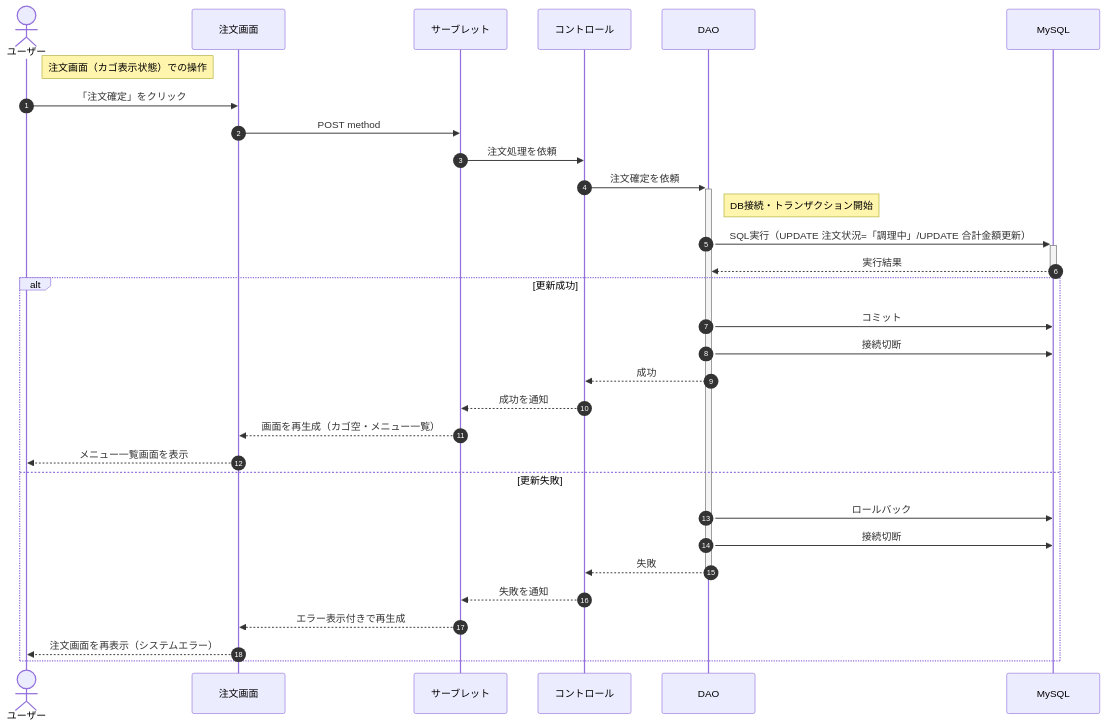
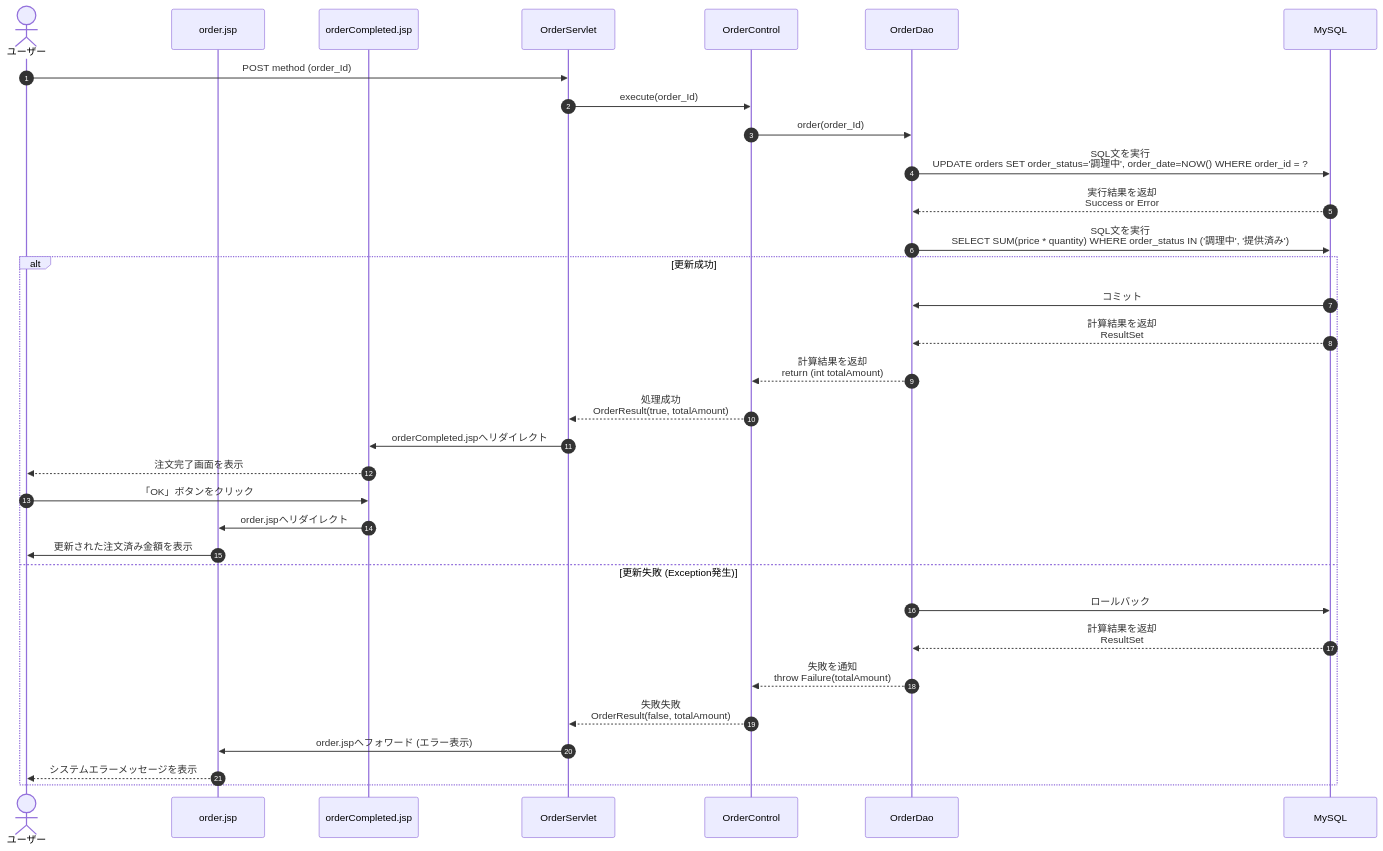
One commit to Medapizza1224/SE25G2-Test2 changed the first of 7 diagrams in docs/development/sequence-diagram/シーケンス図_version1.2.md. Above: the diagram before and after it, drawn with Mermaid. The commit also changed other lines of this file, not shown here.

Commit message:
シーケンス図インスペクション後修正1226

````diff
--- a/docs/development/sequence-diagram/シーケンス図_version1.2.md
+++ b/docs/development/sequence-diagram/シーケンス図_version1.2.md
@@ -11,38 +13,41 @@
 ```mermaid
 sequenceDiagram
-  actor ユーザー
-  autonumber
-    Note right of ユーザー: 注文画面（カゴ表示状態）での操作
-    ユーザー ->> 注文画面 : 「注文確定」をクリック
-     
-    注文画面 ->> サーブレット : POST method
+    autonumber
+    actor  User as ユーザー
+    participant OrderJSP as order.jsp
+    participant OrderCompJSP as orderCompleted.jsp
+    participant Servlet as OrderServlet
+    participant Control as OrderControl
+    participant DAO as OrderDao
+    participant DB as MySQL
+
+    User->>Servlet: POST method (order_Id)
     
-    サーブレット ->> コントロール : 注文処理を依頼
+    Servlet->>Control: execute(order_Id)
+    
+    Control->>DAO: order(order_Id)
+    DAO->>DB: SQL文を実行<br>UPDATE orders SET order_status='調理中', order_date=NOW() WHERE order_id = ?
+    
+    DB-->>DAO: 実行結果を返却<br>Success or Error
+    DAO->>DB: SQL文を実行<br>SELECT SUM(price * quantity) WHERE order_status IN ('調理中', '提供済み')
+    
+    alt 更新成功
+        DB->>DAO: コミット
+        DB-->>DAO: 計算結果を返却<br>ResultSet
+        DAO-->>Control: 計算結果を返却<br>return (int totalAmount)
+        Control-->>Servlet: 処理成功 <br>OrderResult(true, totalAmount)
+        Servlet->>OrderCompJSP: orderCompleted.jspへリダイレクト
+        OrderCompJSP-->>User: 注文完了画面を表示
+        User->>OrderCompJSP: 「OK」ボタンをクリック
+        OrderCompJSP->>OrderJSP: order.jspへリダイレクト
+        OrderJSP->>User: 更新された注文済み金額を表示
+    else 更新失敗 (Exception発生)
+        DAO->>DB: ロールバック
+        DB-->>DAO: 計算結果を返却<br> ResultSet
+        DAO-->>Control: 失敗を通知<br>throw Failure(totalAmount)
+        Control-->>Servlet: 失敗失敗<br>OrderResult(false, totalAmount)
+        Servlet->>OrderJSP: order.jspへフォワード (エラー表示)
+        OrderJSP-->>User: システムエラーメッセージを表示
+    end
 
-    コントロール ->>+ DAO : 注文確定を依頼
-
-    Note right of DAO : DB接続・トランザクション開始
-
-    DAO ->>+ MySQL : SQL実行（UPDATE 注文状況=「調理中」/UPDATE 合計金額更新）
-    
-    MySQL -->>- DAO : 実行結果
-
-    alt 更新成功
-        DAO ->> MySQL : コミット
-        DAO ->> MySQL : 接続切断
-        DAO -->> コントロール : 成功
-        
-        コントロール -->> サーブレット : 成功を通知
-        サーブレット -->> 注文画面 : 画面を再生成（カゴ空・メニュー一覧）
-        注文画面 -->> ユーザー : メニュー一覧画面を表示
-
-    else 更新失敗
-        DAO ->> MySQL : ロールバック
-        DAO ->> MySQL : 接続切断
-        DAO -->>- コントロール : 失敗
-
-        コントロール -->> サーブレット : 失敗を通知
-        サーブレット -->> 注文画面 : エラー表示付きで再生成
-        注文画面 -->> ユーザー : 注文画面を再表示（システムエラー）
-    end
 ```
````
